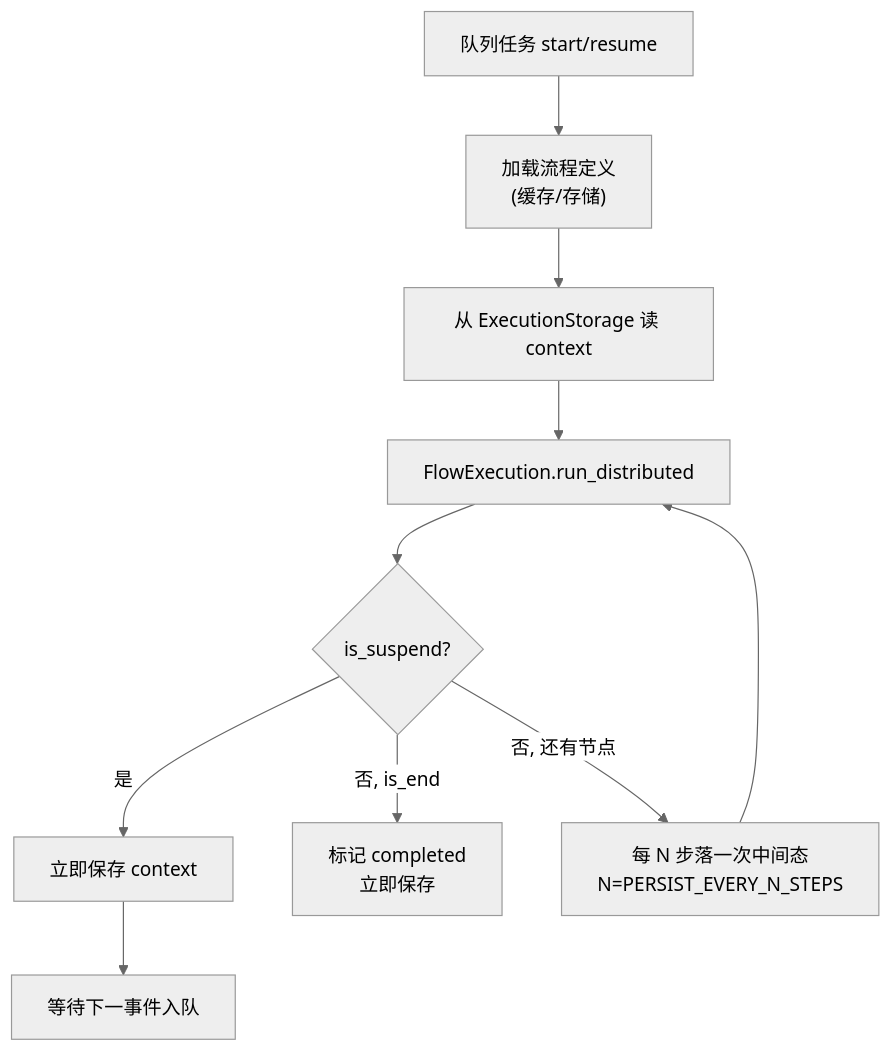
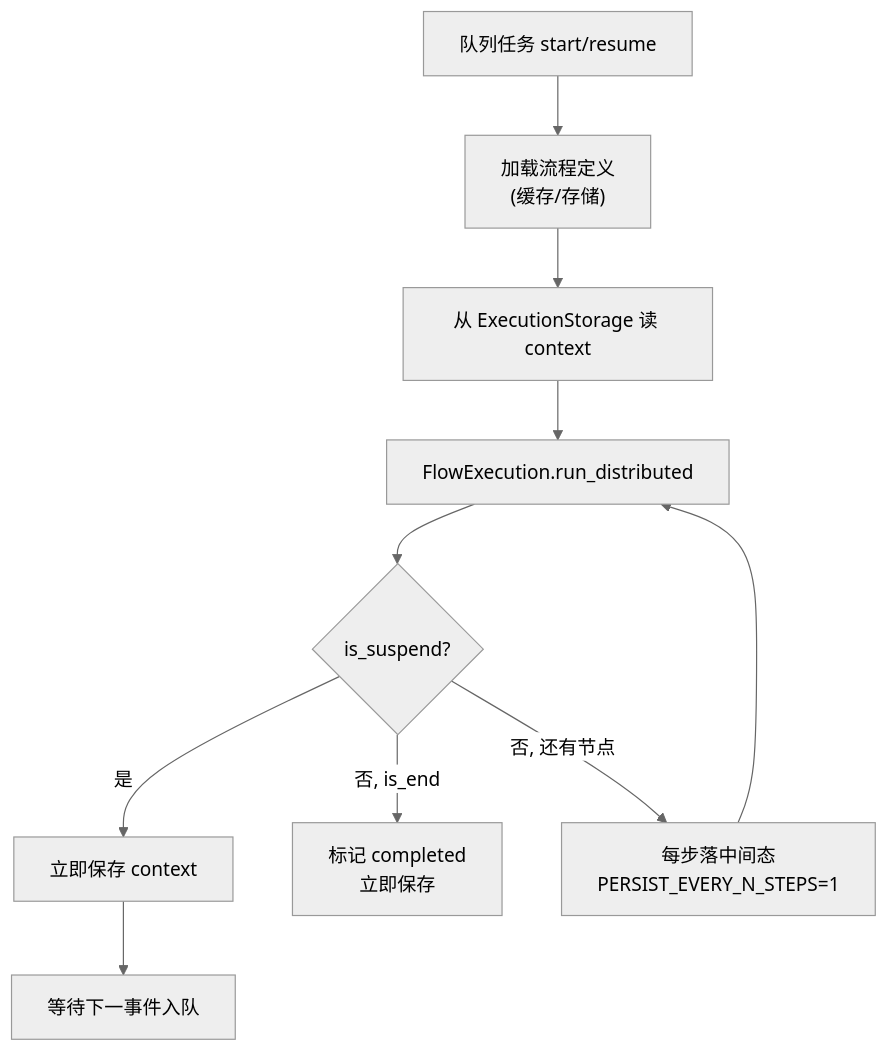
One commit to jeffkit/plaita changed the diagram in docs-site/docs/distributed/flow-worker.md. Above: the diagram before and after it, drawn with Mermaid (neutral theme). The commit also changed other lines of this file and 13 other files, not shown here.

````diff
--- a/docs-site/docs/distributed/flow-worker.md
+++ b/docs-site/docs/distributed/flow-worker.md
@@ -61,12 +63,12 @@
 ```mermaid
 flowchart TD
     Start["队列任务 start/resume"] --> Load["加载流程定义<br/>(缓存/存储)"]
     Load --> LoadState["从 ExecutionStorage 读 context"]
     LoadState --> Run["FlowExecution.run_distributed"]
     Run --> Suspend{"is_suspend?"}
     Suspend -- 是 --> Save["立即保存 context"]
     Save --> Wait["等待下一事件入队"]
     Suspend -- 否, is_end --> Done["标记 completed<br/>立即保存"]
-    Suspend -- 否, 还有节点 --> Maybe["每 N 步落一次中间态<br/>N=PERSIST_EVERY_N_STEPS"]
+    Suspend -- 否, 还有节点 --> Maybe["每步落中间态<br/>PERSIST_EVERY_N_STEPS=1"]
     Maybe --> Run
 ```
````
